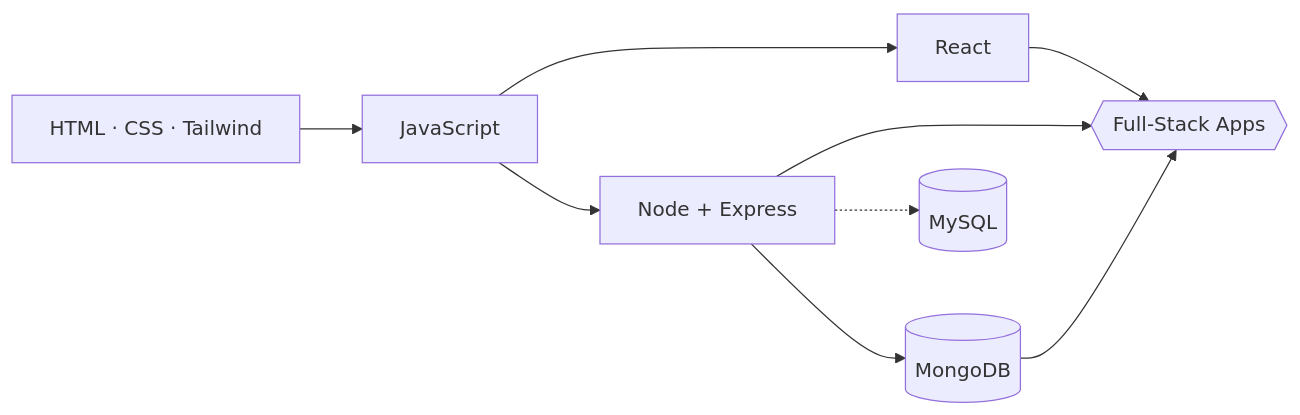
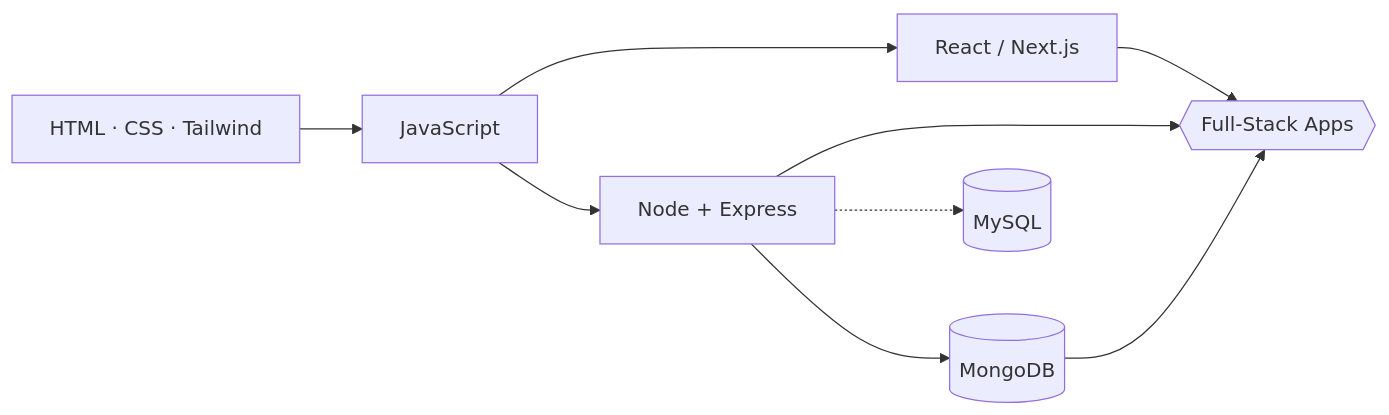
The first of 2 diagrams in README.md (ipe-asmaul/ipe-asmaul), drawn with Mermaid before and after one commit. The commit also changed other lines of this file, not shown here.

````diff
--- a/README.md
+++ b/README.md
@@ -96,11 +108,11 @@
 ```mermaid
 flowchart LR
     A[HTML · CSS · Tailwind] --> B[JavaScript]
-    B --> C[React]
+    B --> C[React / Next.js]
     B --> D[Node + Express]
     D --> E[(MongoDB)]
     D -.-> F[(MySQL)]
     C --> G{{Full-Stack Apps}}
     D --> G
     E --> G
 ```
````
